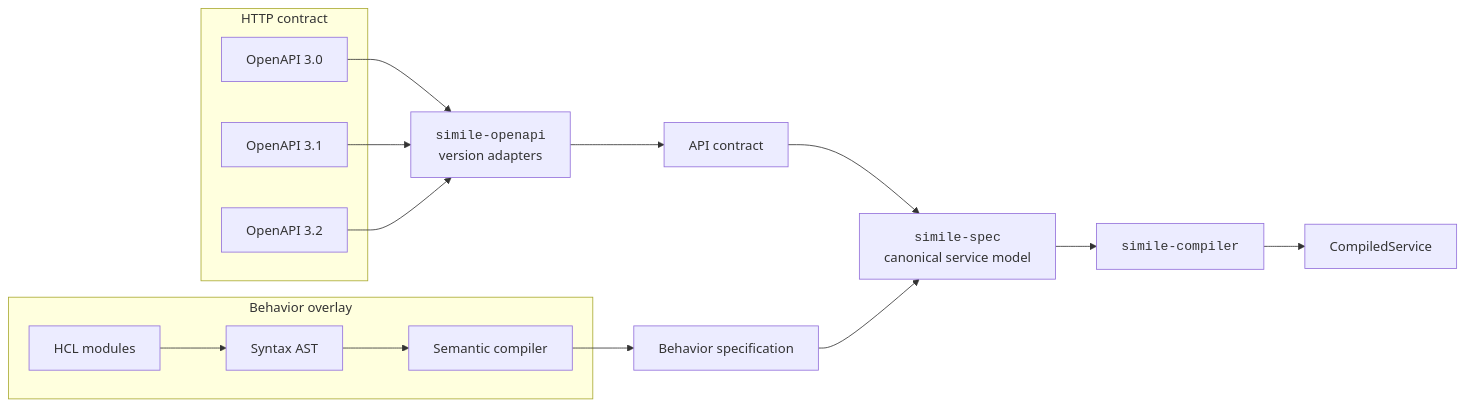
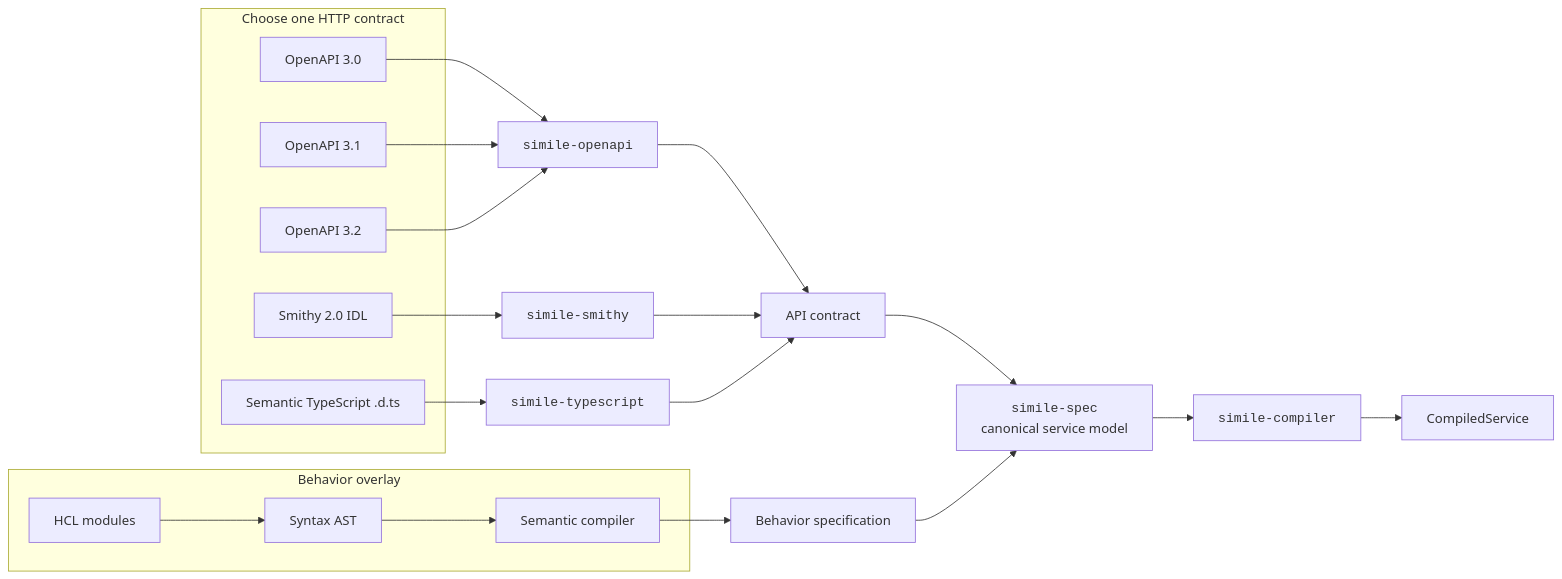
The diagram in docs/source-model.md (inttegro/simile), drawn with Mermaid before and after one commit. The commit also changed other lines of this file and 26 other files, not shown here.

````diff
--- a/docs/source-model.md
+++ b/docs/source-model.md
@@ -10,29 +10,38 @@
 ```mermaid
 flowchart LR
-  subgraph OpenAPI["HTTP contract"]
+  subgraph Contracts["Choose one HTTP contract"]
     O30["OpenAPI 3.0"]
     O31["OpenAPI 3.1"]
     O32["OpenAPI 3.2"]
+    Smithy["Smithy 2.0 IDL"]
+    TS["Semantic TypeScript .d.ts"]
   end
 
   subgraph Behavior["Behavior overlay"]
     Modules["HCL modules"]
     AST["Syntax AST"]
     Semantic["Semantic compiler"]
     Modules --> AST --> Semantic
   end
 
-  Adapter["<code>simile-openapi</code><br/>version adapters"]
+  OpenAPIAdapter["<code>simile-openapi</code>"]
+  SmithyAdapter["<code>simile-smithy</code>"]
+  TSAdapter["<code>simile-typescript</code>"]
   Contract["API contract"]
   Overlay["Behavior specification"]
   Model["<code>simile-spec</code><br/>canonical service model"]
   Coordinator["<code>simile-compiler</code>"]
   Service["CompiledService"]
 
-  O30 --> Adapter
-  O31 --> Adapter
-  O32 --> Adapter
-  Adapter --> Contract --> Model
+  O30 --> OpenAPIAdapter
+  O31 --> OpenAPIAdapter
+  O32 --> OpenAPIAdapter
+  Smithy --> SmithyAdapter
+  TS --> TSAdapter
+  OpenAPIAdapter --> Contract
+  SmithyAdapter --> Contract
+  TSAdapter --> Contract
+  Contract --> Model
   Semantic --> Overlay --> Model
   Model --> Coordinator --> Service
 ```
````
